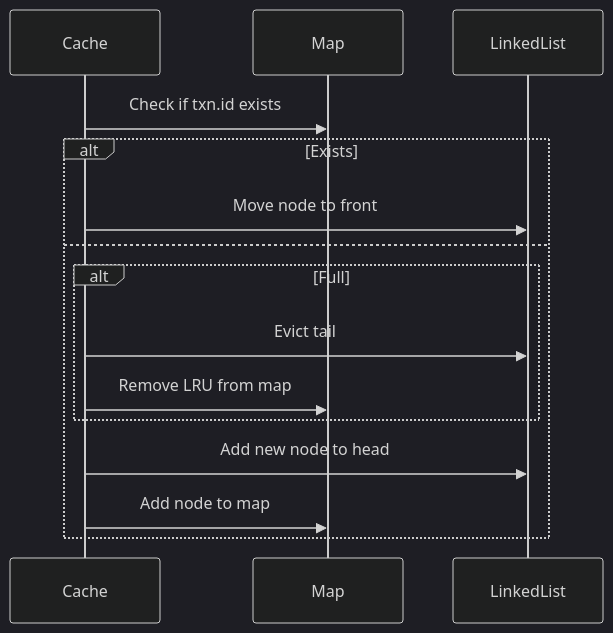
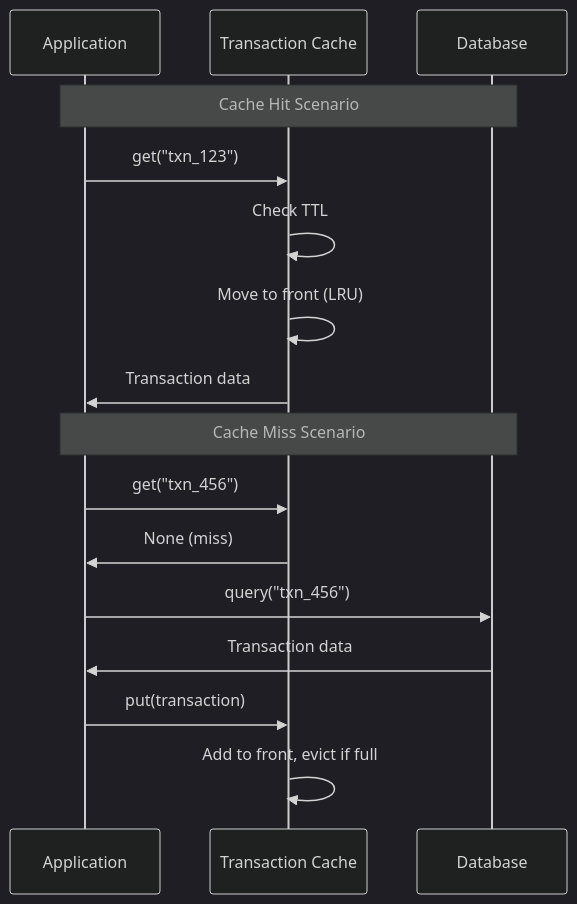
Before and after one commit to mythxn/dojo.py: the third of 3 diagrams in transaction_cache.md, drawn with Mermaid (dark theme). The commit also changed other lines of this file and 15 other files, not shown here.

````diff
--- a/transaction_cache.md
+++ b/transaction_cache.md
@@ -80,18 +249,20 @@
 ```mermaid
 sequenceDiagram
-    participant C as Cache
-    participant M as Map
-    participant L as LinkedList
-
-    C->>M: Check if txn.id exists
-    alt Exists
-        C->>L: Move node to front
-    else
-        alt Full
-            C->>L: Evict tail
-            C->>M: Remove LRU from map
-        end
-        C->>L: Add new node to head
-        C->>M: Add node to map
-    end
+    participant App as Application
+    participant Cache as Transaction Cache
+    participant DB as Database
+    
+    Note over App,DB: Cache Hit Scenario
+    App->>Cache: get("txn_123")
+    Cache->>Cache: Check TTL
+    Cache->>Cache: Move to front (LRU)
+    Cache->>App: Transaction data
+    
+    Note over App,DB: Cache Miss Scenario
+    App->>Cache: get("txn_456")
+    Cache->>App: None (miss)
+    App->>DB: query("txn_456")
+    DB->>App: Transaction data
+    App->>Cache: put(transaction)
+    Cache->>Cache: Add to front, evict if full
 ```
````
